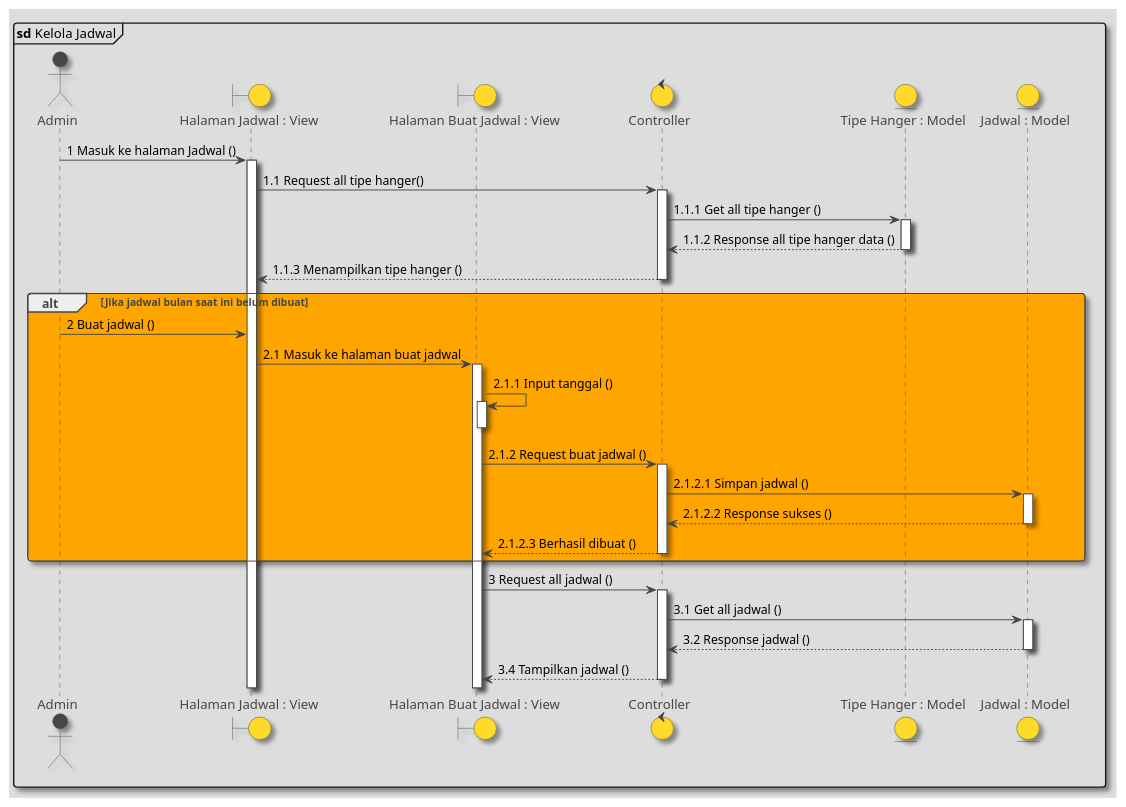
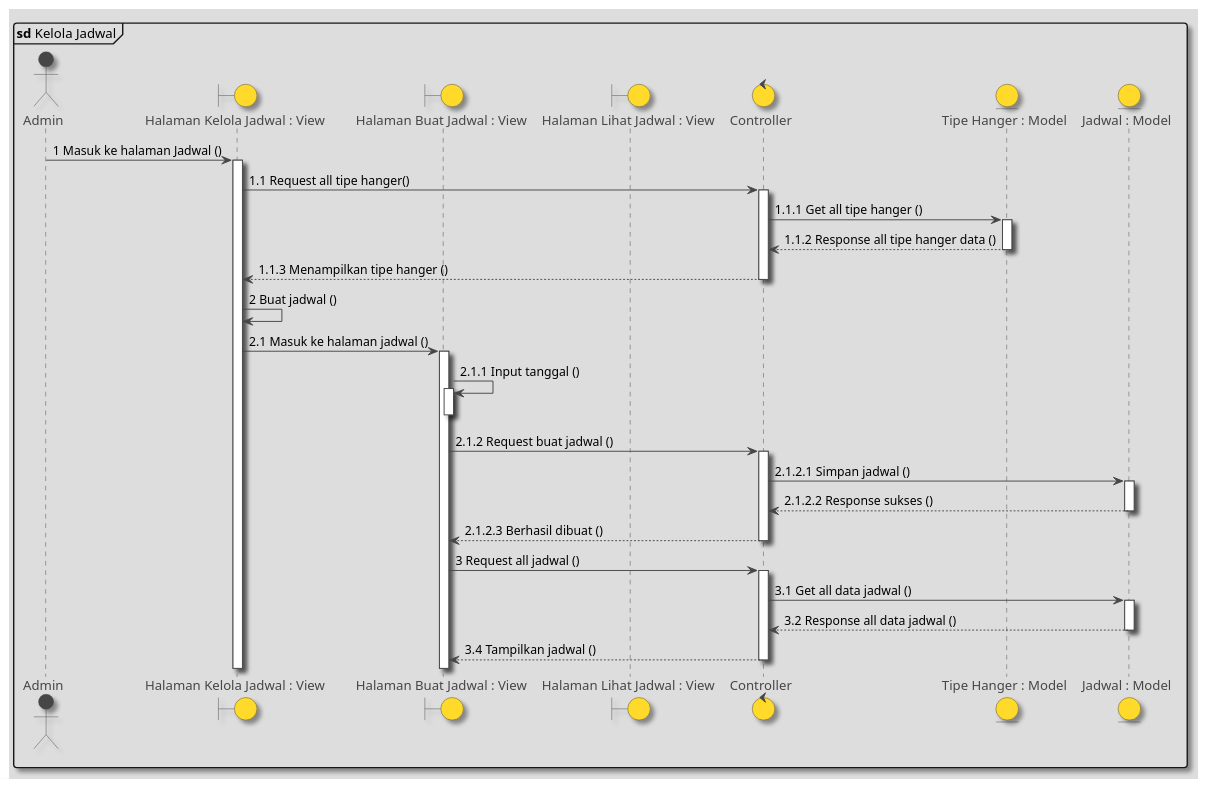
One commit to marlisumarli/hanger-scheduling changed the diagram in Diagrams/SequenceDiagrams/KelolaJadwal.puml. Above: the diagram before and after it, drawn with PlantUML. The commit also changed 1 other file, not shown here.

```diff
--- a/Diagrams/SequenceDiagrams/KelolaJadwal.puml
+++ b/Diagrams/SequenceDiagrams/KelolaJadwal.puml
@@ -1,46 +1,45 @@
 @startuml
 
 !theme toy
 skinparam shadowing true
 mainframe **sd** Kelola Jadwal
 
 actor Admin
-boundary "Halaman Jadwal : View" as halamanJadwal
+boundary "Halaman Kelola Jadwal : View" as halamanJadwal
 boundary "Halaman Buat Jadwal : View" as buatJadwal
+boundary "Halaman Lihat Jadwal : View" as lihatJadwal
 control "Controller" as controller
 entity "Tipe Hanger : Model" as tabelTipe
 entity "Jadwal : Model" as tabelJadwal
 
 
 Admin -> halamanJadwal ++ : 1 Masuk ke halaman Jadwal ()
 
 halamanJadwal -> controller ++ : 1.1 Request all tipe hanger()
 
 controller -> tabelTipe ++ : 1.1.1 Get all tipe hanger ()
 
 return 1.1.2 Response all tipe hanger data ()
 return 1.1.3 Menampilkan tipe hanger ()
 
-alt #orange Jika jadwal bulan saat ini belum dibuat
-Admin -> halamanJadwal  : 2 Buat jadwal ()
-halamanJadwal -> buatJadwal ++ : 2.1 Masuk ke halaman buat jadwal
+halamanJadwal -> halamanJadwal : 2 Buat jadwal ()
+halamanJadwal -> buatJadwal ++ : 2.1 Masuk ke halaman jadwal ()
 
 buatJadwal -> buatJadwal ++ : 2.1.1 Input tanggal ()
 deactivate buatJadwal
 
 buatJadwal -> controller ++ : 2.1.2 Request buat jadwal ()
 controller -> tabelJadwal ++ : 2.1.2.1 Simpan jadwal ()
 return 2.1.2.2 Response sukses ()
 return 2.1.2.3 Berhasil dibuat ()
 
-end
-
 buatJadwal -> controller ++ : 3 Request all jadwal ()
 
-controller -> tabelJadwal ++ : 3.1 Get all jadwal ()
+controller -> tabelJadwal ++ : 3.1 Get all data jadwal ()
 
-return 3.2 Response jadwal ()
+return 3.2 Response all data jadwal ()
 return 3.4 Tampilkan jadwal ()
 
 
+
 @enduml
```
